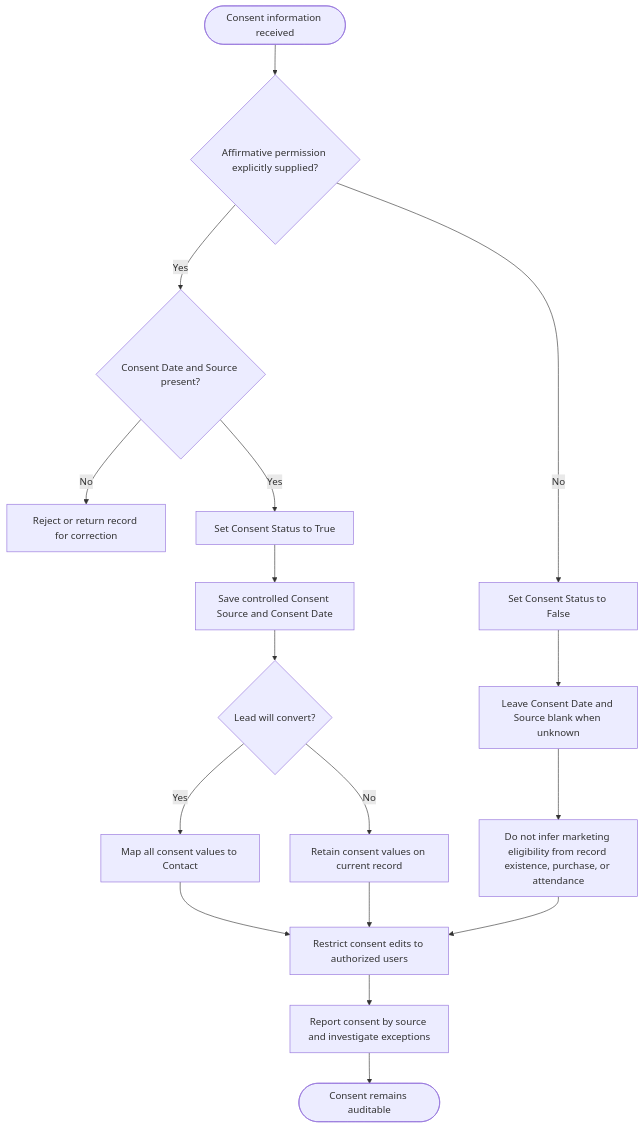
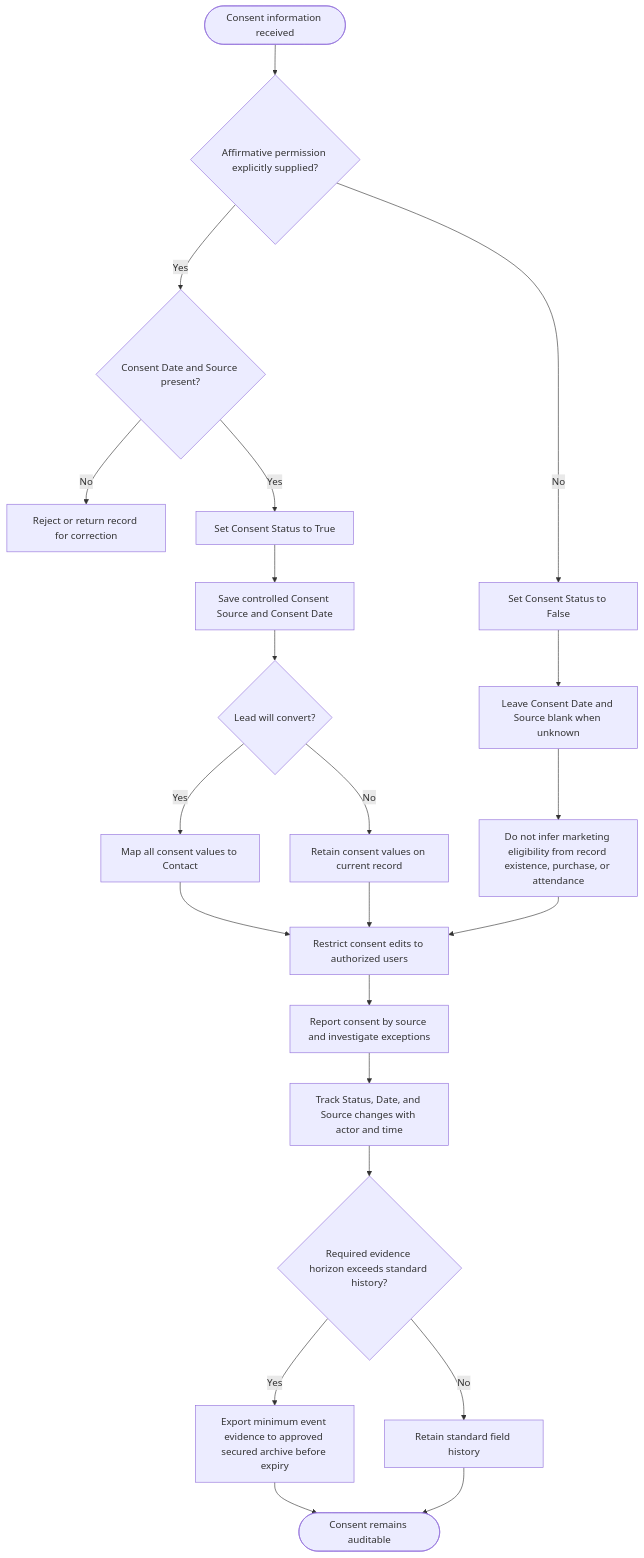
One commit to crsauer91/milehighdreamin changed the diagram in 02-discovery/03-business-process-maps/02-consent-management.md. Above: the diagram before and after it, drawn with Mermaid. The commit also changed other lines of this file, not shown here.

````diff
--- a/02-discovery/03-business-process-maps/02-consent-management.md
+++ b/02-discovery/03-business-process-maps/02-consent-management.md
@@ -3,19 +3,24 @@
 ```mermaid
 flowchart TD
     A([Consent information received]) --> B{Affirmative permission explicitly supplied?}
     B -- No --> C[Set Consent Status to False]
     C --> D[Leave Consent Date and Source blank when unknown]
     D --> E[Do not infer marketing eligibility from record existence, purchase, or attendance]
     B -- Yes --> F{Consent Date and Source present?}
     F -- No --> G[Reject or return record for correction]
     F -- Yes --> H[Set Consent Status to True]
     H --> I[Save controlled Consent Source and Consent Date]
     I --> J{Lead will convert?}
     J -- Yes --> K[Map all consent values to Contact]
     J -- No --> L[Retain consent values on current record]
     K --> M[Restrict consent edits to authorized users]
     L --> M
     E --> M
     M --> N[Report consent by source and investigate exceptions]
-    N --> O([Consent remains auditable])
+    N --> O[Track Status, Date, and Source changes with actor and time]
+    O --> P{Required evidence horizon exceeds standard history?}
+    P -- Yes --> Q[Export minimum event evidence to approved secured archive before expiry]
+    P -- No --> R[Retain standard field history]
+    Q --> S([Consent remains auditable])
+    R --> S
 ```
````
